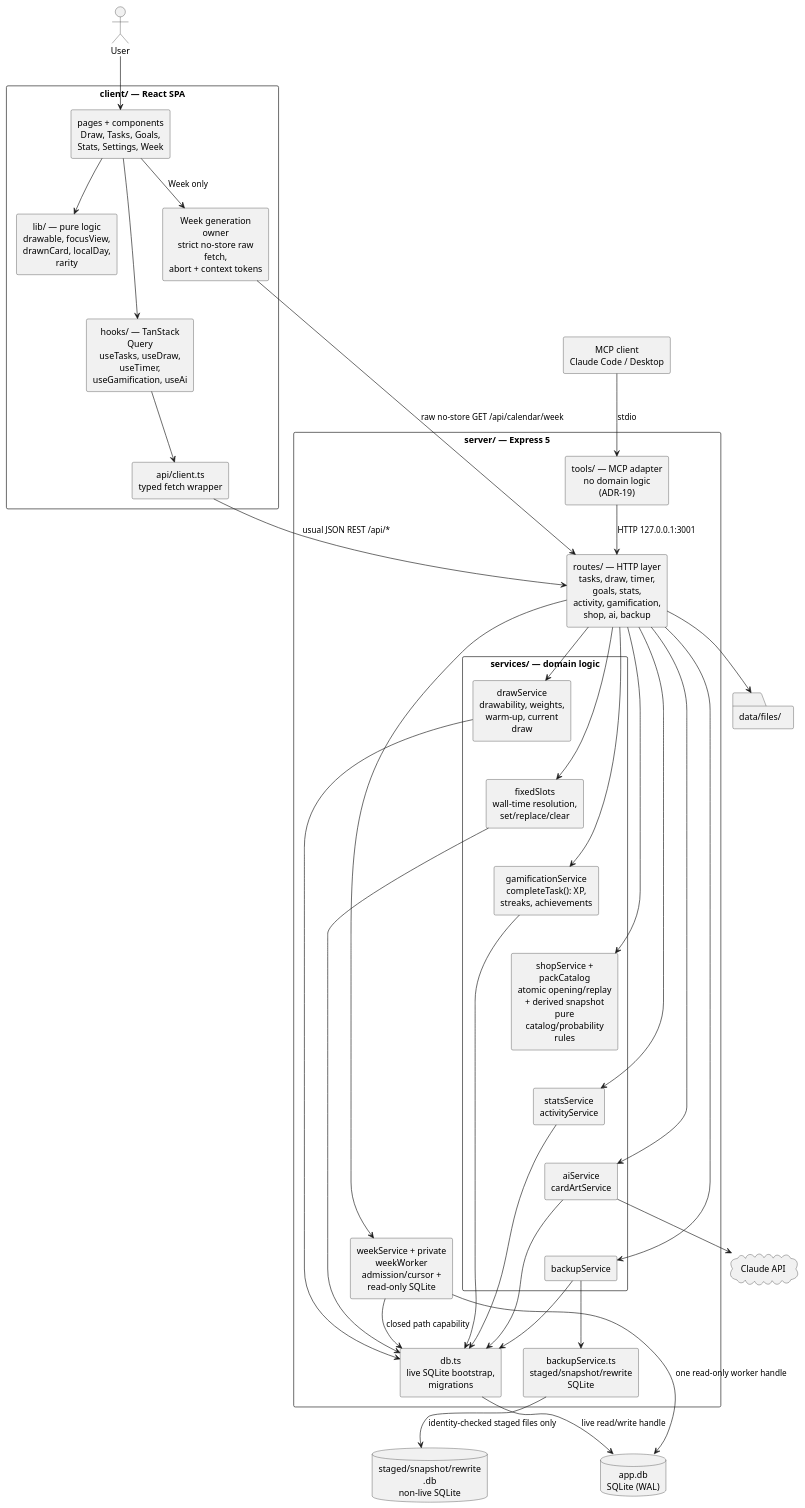
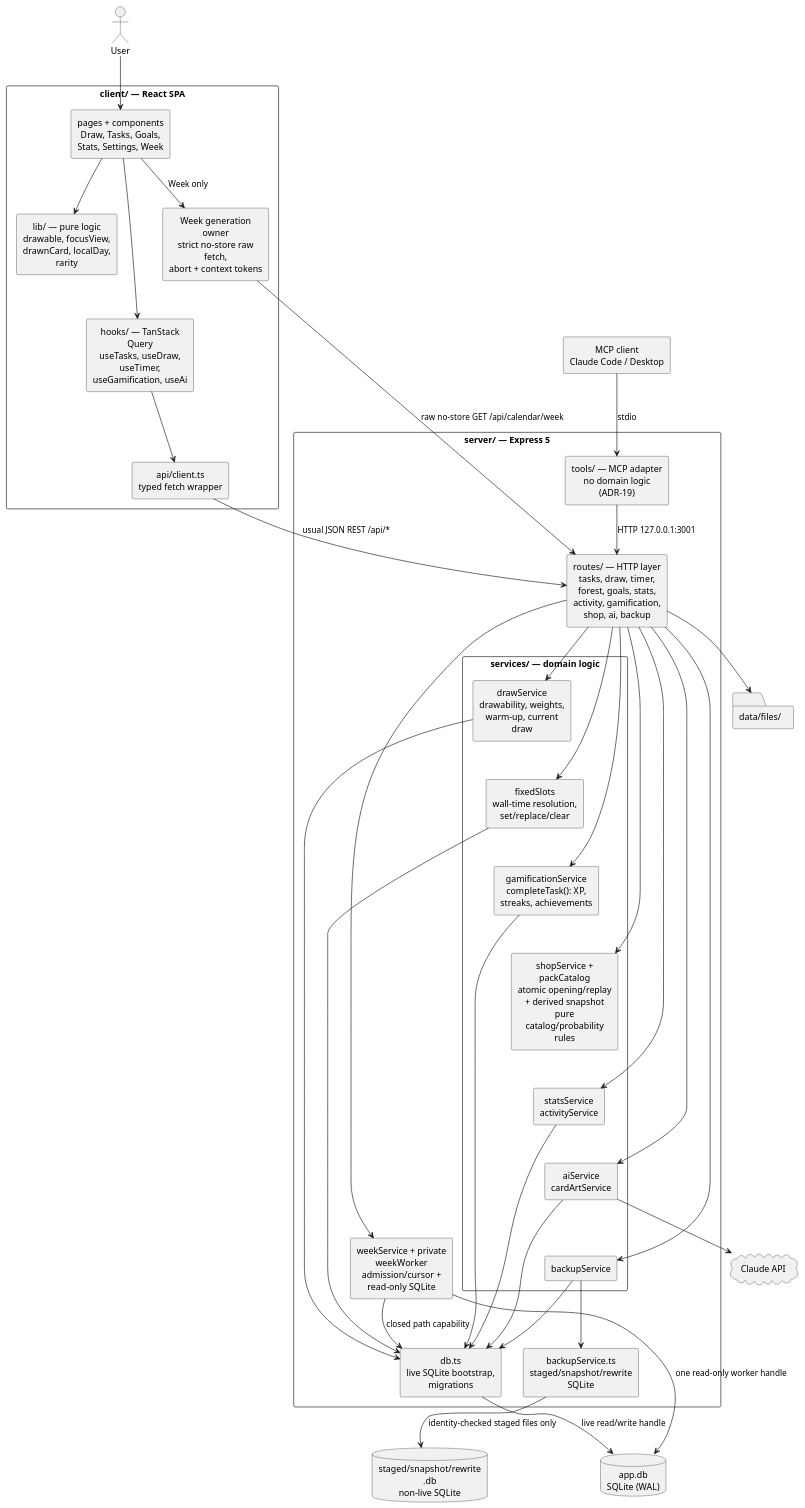
The diagram in docs/modules/ROOT/pages/05_building_block_view.adoc (FelixGeisler/draw), drawn with PlantUML before and after one commit. The commit also changed other lines of this file and 42 other files, not shown here.

```diff
--- a/docs/modules/ROOT/pages/05_building_block_view.adoc
+++ b/docs/modules/ROOT/pages/05_building_block_view.adoc
@@ -19,83 +19,83 @@
 [plantuml,building-blocks,svg]
 ....
 @startuml
 skinparam componentStyle rectangle
 skinparam shadowing false
 skinparam wrapWidth 150
 skinparam defaultTextAlignment center
 skinparam packageStyle rectangle
 hide stereotype
 
 actor "User" as user
 component "MCP client\nClaude Code / Desktop" as mcpClient
 
 package "client/ — React SPA" {
   component "pages + components\nDraw, Tasks, Goals,\nStats, Settings, Week" as pages
   component "lib/ — pure logic\ndrawable, focusView,\ndrawnCard, localDay, rarity" as clib
   component "hooks/ — TanStack Query\nuseTasks, useDraw, useTimer,\nuseGamification, useAi" as hooks
   component "api/client.ts\ntyped fetch wrapper" as apiClient
   component "Week generation owner\nstrict no-store raw fetch,\nabort + context tokens" as weekClient
 }
 
 package "server/ — Express 5" {
   component "tools/ — MCP adapter\nno domain logic (ADR-19)" as mcpAdapter
-  component "routes/ — HTTP layer\ntasks, draw, timer, goals, stats,\nactivity, gamification, shop, ai, backup" as routes
+  component "routes/ — HTTP layer\ntasks, draw, timer, forest, goals, stats,\nactivity, gamification, shop, ai, backup" as routes
   package "services/ — domain logic" {
     component "drawService\ndrawability, weights,\nwarm-up, current draw" as drawSvc
     component "fixedSlots\nwall-time resolution,\nset/replace/clear" as fixedSvc
     component "gamificationService\ncompleteTask(): XP,\nstreaks, achievements" as gamSvc
     component "shopService + packCatalog\natomic opening/replay + derived snapshot\npure catalog/probability rules" as shopSvc
     component "statsService\nactivityService" as statsSvc
     component "aiService\ncardArtService" as aiSvc
     component "backupService" as backupSvc
   }
   component "db.ts\nlive SQLite bootstrap, migrations" as dbmod
   component "backupService.ts\nstaged/snapshot/rewrite SQLite" as stagedDb
   component "weekService + private weekWorker\nadmission/cursor + read-only SQLite" as weekReader
 }
 
 database "app.db\nSQLite (WAL)" as sqlite
 database "staged/snapshot/rewrite .db\nnon-live SQLite" as stagedSqlite
 folder "data/files/" as files
 cloud "Claude API" as claude
 
 user --> pages
 pages --> hooks
 pages --> clib
 pages --> weekClient : "Week only"
 hooks --> apiClient
 weekClient --> routes : "raw no-store GET /api/calendar/week"
 apiClient --> routes : "usual JSON REST /api/*"
 mcpClient --> mcpAdapter : stdio
 mcpAdapter --> routes : "HTTP 127.0.0.1:3001"
 routes --> drawSvc
 routes --> fixedSvc
 routes --> gamSvc
 routes --> shopSvc
 routes --> statsSvc
 routes --> aiSvc
 routes --> backupSvc
 drawSvc -[hidden]-> fixedSvc
 fixedSvc -[hidden]-> gamSvc
 gamSvc -[hidden]-> shopSvc
 shopSvc -[hidden]-> statsSvc
 statsSvc -[hidden]-> aiSvc
 aiSvc -[hidden]-> backupSvc
 drawSvc --> dbmod
 fixedSvc --> dbmod
 gamSvc --> dbmod
 statsSvc --> dbmod
 aiSvc --> dbmod
 backupSvc --> dbmod
 backupSvc --> stagedDb
 routes --> weekReader
 weekReader --> dbmod : "closed path capability"
 dbmod --> sqlite : "live read/write handle"
 stagedDb --> stagedSqlite : "identity-checked staged files only"
 weekReader --> sqlite : "one read-only worker handle"
 routes --> files
 aiSvc --> claude
 pages -[hidden]-> clib
 clib -[hidden]-> hooks
 @enduml
 ....
```
